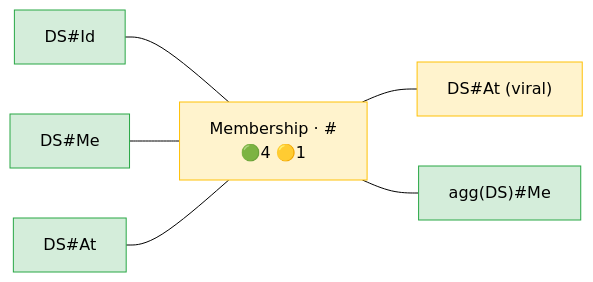
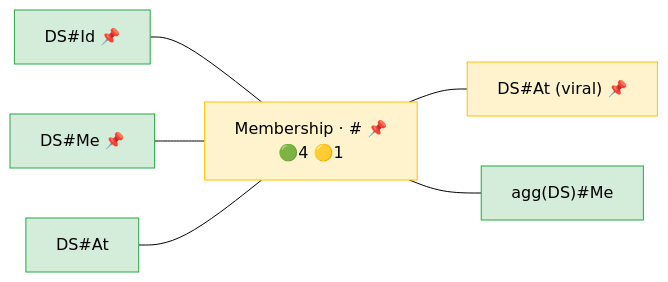
The diagram in docs/operator_map/general/membership.rst (Meaningful-Data/vtlengine), drawn with Mermaid (forest theme) before and after one commit. The commit also changed 39 other files, not shown here.

```diff
--- a/docs/operator_map/general/membership.rst
+++ b/docs/operator_map/general/membership.rst
@@ -24,27 +24,27 @@
 .. mermaid::
    :config: {"flowchart": {"useMaxWidth": false}}
 
    flowchart LR
        classDef ok fill:#d4edda,stroke:#28a745,color:#000
        classDef partial fill:#fff3cd,stroke:#ffc107,color:#000
        classDef refused fill:#d4edda,stroke:#28a745,stroke-width:3px,stroke-dasharray: 2 2,color:#000
        classDef missing fill:#f8d7da,stroke:#dc3545,color:#000
        classDef diverge fill:#cce5ff,stroke:#007bff,color:#000
        classDef block fill:#2b3a4a,stroke:#2b3a4a,color:#fff,font-weight:bold
        classDef ext fill:#fff,stroke:#666,color:#000,stroke-dasharray: 5 5
-       O["Membership · #35;<br/>🟢4 🟡1"]:::partial
-       v_identifier["DS#35;Id"]:::ok
-       v_measure["DS#35;Me"]:::ok
+       O["Membership · #35; 📌<br/>🟢4 🟡1"]:::partial
+       v_identifier["DS#35;Id 📌"]:::ok
+       v_measure["DS#35;Me 📌"]:::ok
        v_attribute["DS#35;At"]:::ok
-       v_viral_attribute["DS#35;At (viral)"]:::partial
+       v_viral_attribute["DS#35;At (viral) 📌"]:::partial
        v_on_aggregate["agg(DS)#35;Me"]:::ok
        v_identifier --- O
        v_measure --- O
        v_attribute --- O
        O --- v_viral_attribute
        O --- v_on_aggregate
        click v_identifier href "#form-identifier"
        click v_measure href "#form-measure"
        click v_attribute href "#form-attribute"
        click v_viral_attribute href "#form-viral-attribute"
        click v_on_aggregate href "#form-on-aggregate"
```
